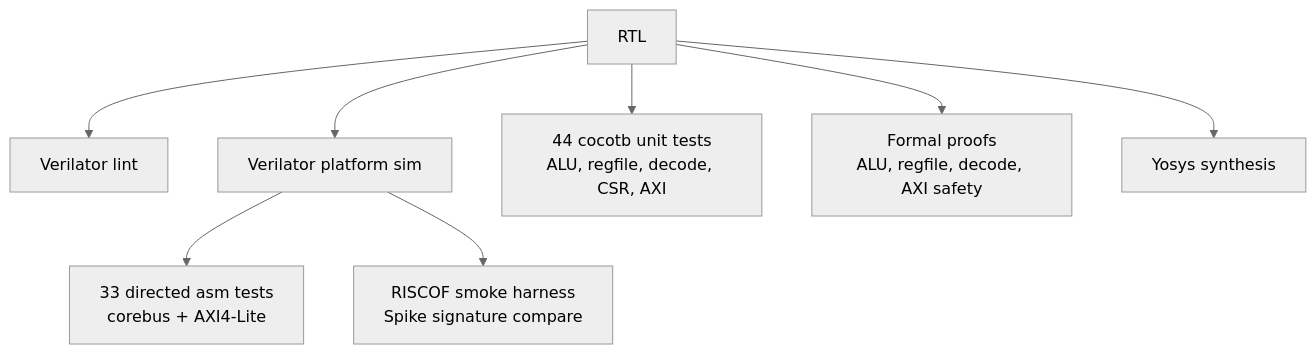
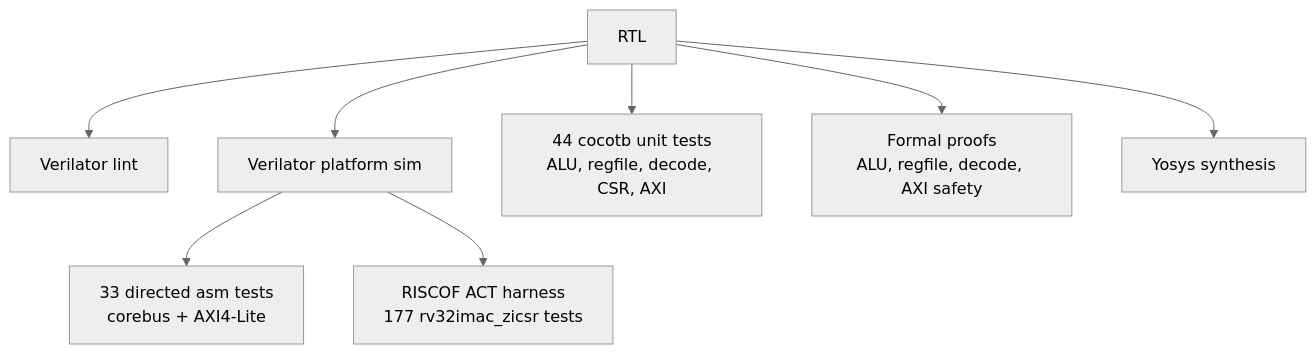
Before and after one commit to kiranreddi/sisrv-platform: the third of 3 diagrams in README.md, drawn with Mermaid (neutral theme). The commit also changed other lines of this file and 16 other files, not shown here.

````diff
--- a/README.md
+++ b/README.md
@@ -86,10 +84,10 @@
 ```mermaid
 flowchart TB
   RTL["RTL"] --> Lint["Verilator lint"]
   RTL --> Sim["Verilator platform sim"]
   Sim --> ASM["33 directed asm tests\ncorebus + AXI4-Lite"]
   RTL --> Cocotb["44 cocotb unit tests\nALU, regfile, decode, CSR, AXI"]
   RTL --> Formal["Formal proofs\nALU, regfile, decode, AXI safety"]
   RTL --> Synth["Yosys synthesis"]
-  Sim --> RISCOF["RISCOF smoke harness\nSpike signature compare"]
+  Sim --> RISCOF["RISCOF ACT harness\n177 rv32imac_zicsr tests"]
 ```
````
